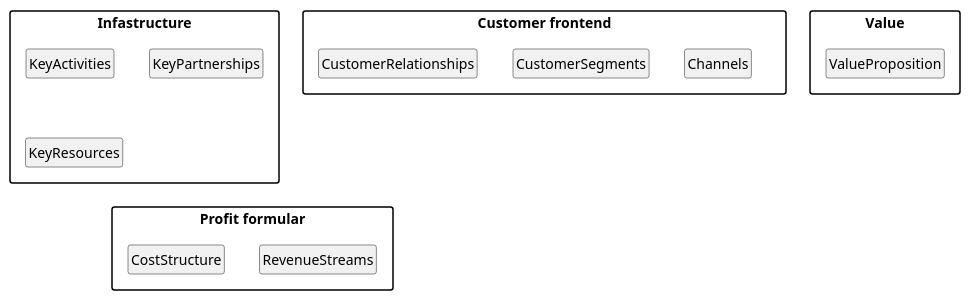
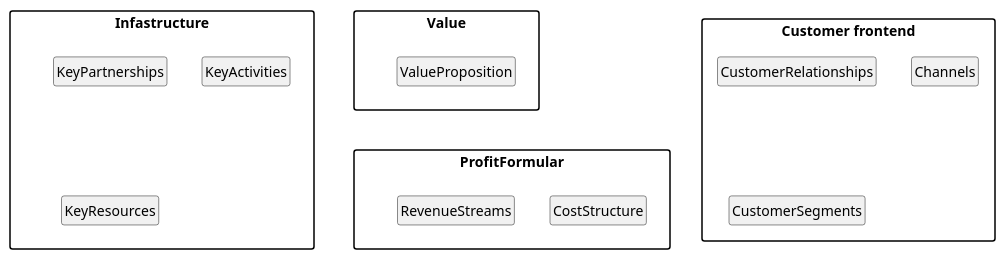
One commit to FilipMeldal/Team1A changed the diagram in Systemudvikling 2. sem/FML - Template.plantuml. Above: the diagram before and after it, drawn with PlantUML.

Commit message:
Update FML - Template.plantuml

```diff
--- a/Systemudvikling 2. sem/FML - Template.plantuml
+++ b/Systemudvikling 2. sem/FML - Template.plantuml
@@ -1,74 +1,60 @@
 @startuml
 hide circle
 hide empty members
 skinparam PackageStyle rectangle
 
 package "Infastructure"
 {
     class KeyPartnerships
     {
         
     }
 
     class KeyActivities
     {
     
     }
 
     class KeyResources
     {
     }
 }
 
 package "Customer frontend"
 {
     class CustomerRelationships
     {
 
     }
     class Channels
     {
 
     }
     class CustomerSegments
     {
     }
 }
 
 package "Value"
 {
     class ValueProposition
     {
 
     }
 }
 
-package "Profit formular"
+package "ProfitFormular"
 {
     class CostStructure
     {
     }
     class RevenueStreams
     {
     }
 }
-KeyPartnerships -[hidden]right-> KeyActivities
-KeyActivities -[hidden]right-> ValueProposition
-KeyActivities -[hidden]down-> CostStructure
 
-ValueProposition -[hidden]right-> CustomerRelationships
-CustomerRelationships -[hidden]right-> Channels
-KeyPartnerships -[hidden]down-> CostStructure
-
-KeyActivities -[hidden]down-> KeyResources
-KeyResources -[hidden]down-> CostStructure
-
-Channels -[hidden]down-> Channels
-Channels -[hidden]down-> RevenueStreams
-CustomerRelationships -[hidden]right-> CustomerSegments
-KeyResources -[hidden]down-> RevenueStreams
-
-ValueProposition -[hidden]right-> CustomerSegments
+Infastructure -[hidden]right-> Value
+ProfitFormular -[hidden]up-> Value
 
 
 @enduml
```
